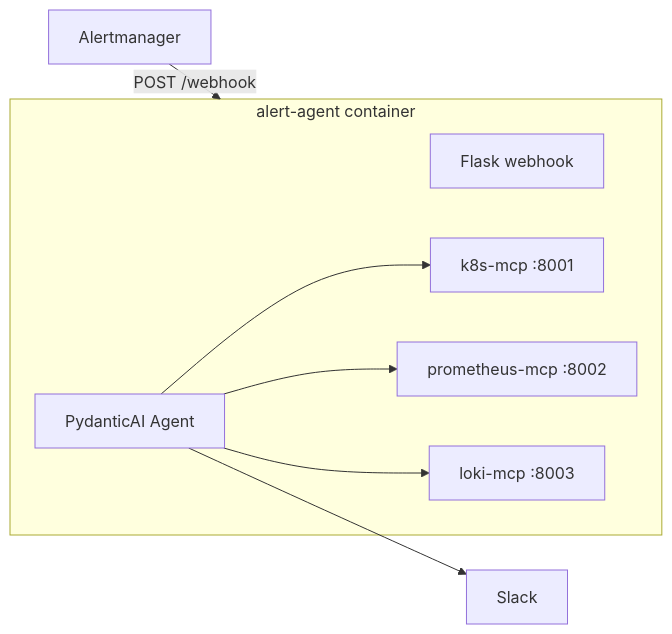
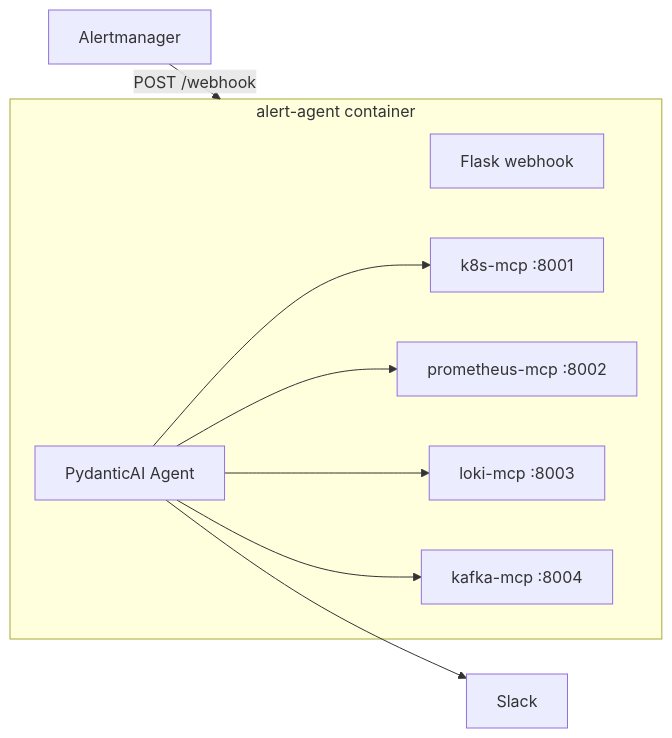
One commit to gopalmahera/ai-agents changed the diagram in README.md. Above: the diagram before and after it, drawn with Mermaid. The commit also changed other lines of this file and 21 other files, not shown here.

````diff
--- a/README.md
+++ b/README.md
@@ -9,15 +9,17 @@
 ```mermaid
 flowchart LR
     AM[Alertmanager] -->|POST /webhook| BOX[Single alert-agent container]
     subgraph BOX[alert-agent container]
         WH[Flask webhook]
         AG[PydanticAI Agent]
         K8sMCP[k8s-mcp :8001]
         PromMCP[prometheus-mcp :8002]
         LokiMCP[loki-mcp :8003]
+        KafkaMCP[kafka-mcp :8004]
     end
     AG --> K8sMCP
     AG --> PromMCP
     AG --> LokiMCP
+    AG --> KafkaMCP
     AG --> SL[Slack]
 ```
````
